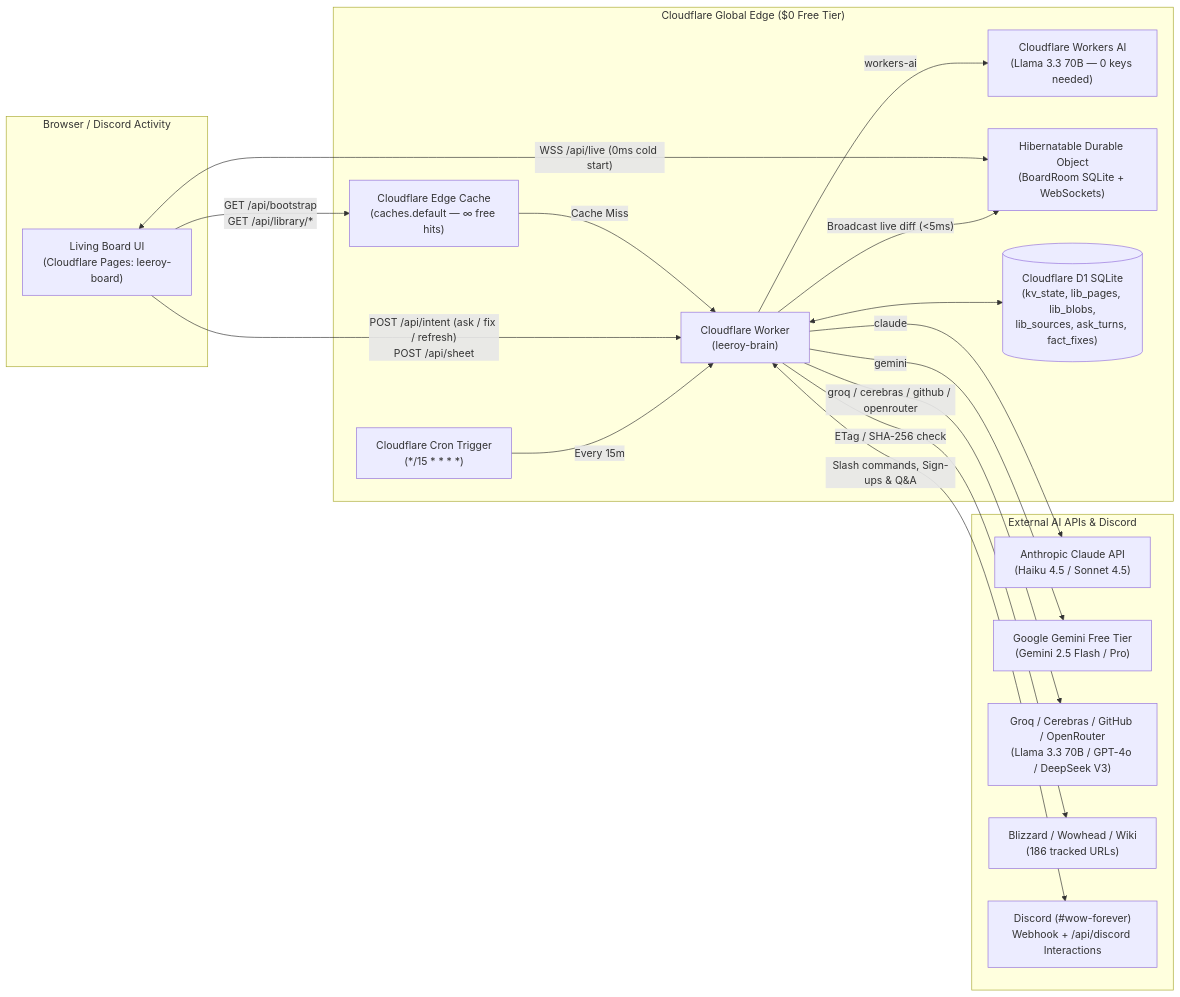
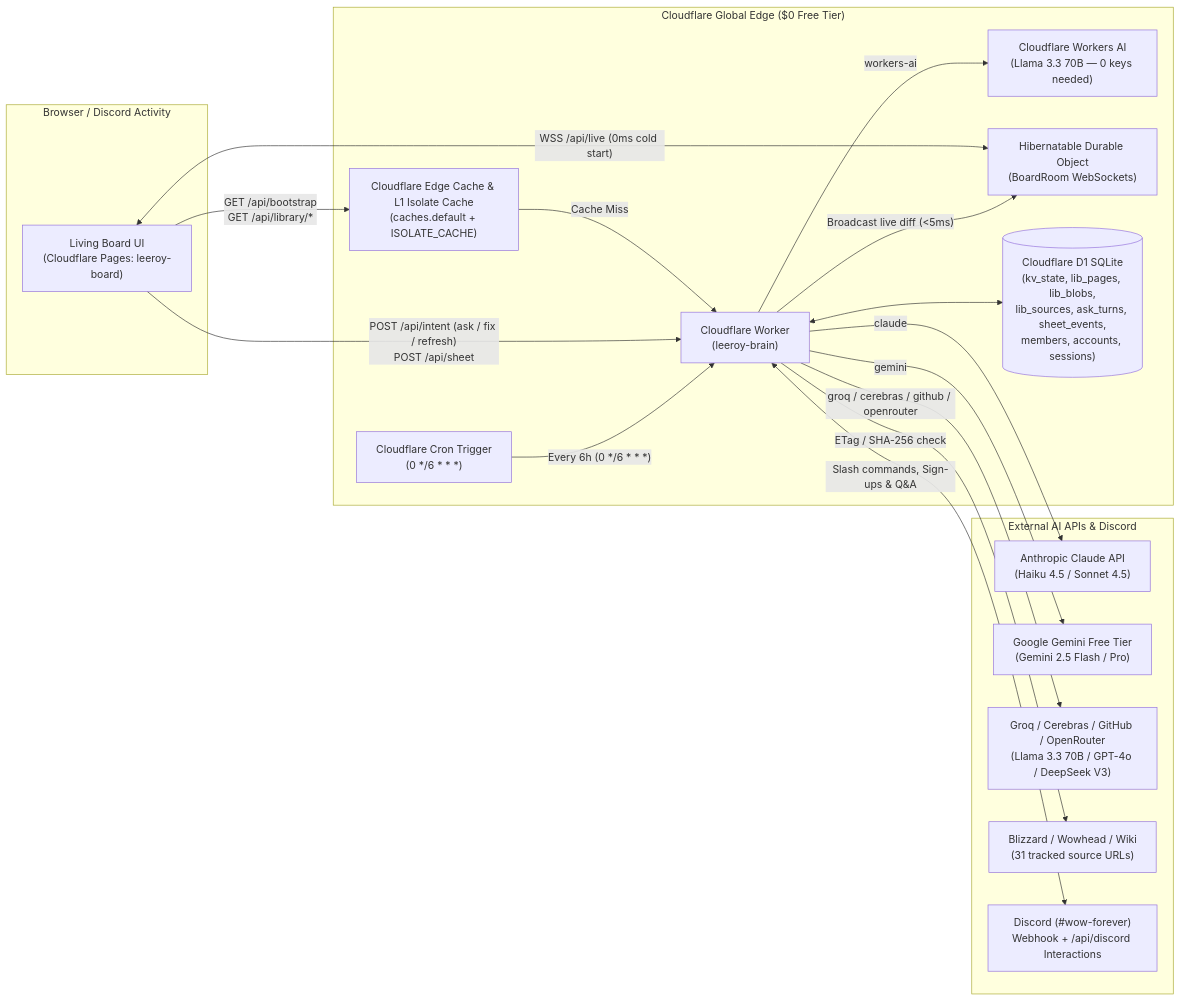
Before and after one commit to Matt-Bloise/leeroy-board: the diagram in infrastructure/README.md, drawn with Mermaid. The commit also changed other lines of this file and 1 other file, not shown here.

Commit message:
docs(cloudflare): update infrastructure runbook and migration guide with 6h cron, d1 counts, and end-to-end cutover steps

````diff
--- a/infrastructure/README.md
+++ b/infrastructure/README.md
@@ -9,37 +9,37 @@
 ```mermaid
 flowchart LR
   subgraph Client["Browser / Discord Activity"]
     UI["Living Board UI\n(Cloudflare Pages: leeroy-board)"]
   end
 
   subgraph Edge["Cloudflare Global Edge ($0 Free Tier)"]
-    Cache["Cloudflare Edge Cache\n(caches.default — ∞ free hits)"]
+    Cache["Cloudflare Edge Cache & L1 Isolate Cache\n(caches.default + ISOLATE_CACHE)"]
     Worker["Cloudflare Worker\n(leeroy-brain)"]
     WAI["Cloudflare Workers AI\n(Llama 3.3 70B — 0 keys needed)"]
-    DO["Hibernatable Durable Object\n(BoardRoom SQLite + WebSockets)"]
-    D1[("Cloudflare D1 SQLite\n(kv_state, lib_pages, lib_blobs,\nlib_sources, ask_turns, fact_fixes)")]
-    Cron["Cloudflare Cron Trigger\n(*/15 * * * *)"]
+    DO["Hibernatable Durable Object\n(BoardRoom WebSockets)"]
+    D1[("Cloudflare D1 SQLite\n(kv_state, lib_pages, lib_blobs,\nlib_sources, ask_turns, sheet_events,\nmembers, accounts, sessions)")]
+    Cron["Cloudflare Cron Trigger\n(0 */6 * * *)"]
   end
 
   subgraph External["External AI APIs & Discord"]
     Claude["Anthropic Claude API\n(Haiku 4.5 / Sonnet 4.5)"]
     Gemini["Google Gemini Free Tier\n(Gemini 2.5 Flash / Pro)"]
     FreeLLMs["Groq / Cerebras / GitHub / OpenRouter\n(Llama 3.3 70B / GPT-4o / DeepSeek V3)"]
-    Sources["Blizzard / Wowhead / Wiki\n(186 tracked URLs)"]
+    Sources["Blizzard / Wowhead / Wiki\n(31 tracked source URLs)"]
     Discord["Discord (#wow-forever)\nWebhook + /api/discord Interactions"]
   end
 
   UI -- "GET /api/bootstrap\nGET /api/library/*" --> Cache
   Cache -- "Cache Miss" --> Worker
   Worker <--> D1
   UI <-->|"WSS /api/live (0ms cold start)"| DO
   UI -- "POST /api/intent (ask / fix / refresh)\nPOST /api/sheet" --> Worker
   Worker -- "Broadcast live diff (<5ms)" --> DO
   Worker -- "workers-ai" --> WAI
   Worker -- "claude" --> Claude
   Worker -- "gemini" --> Gemini
   Worker -- "groq / cerebras / github / openrouter" --> FreeLLMs
   Worker <-->|"Slash commands, Sign-ups & Q&A"| Discord
-  Cron -- "Every 15m" --> Worker
+  Cron -- "Every 6h (0 */6 * * *)" --> Worker
   Worker -- "ETag / SHA-256 check" --> Sources
 ```
````
